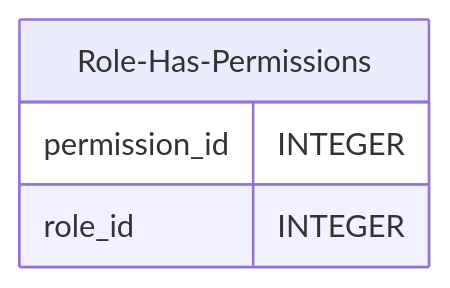
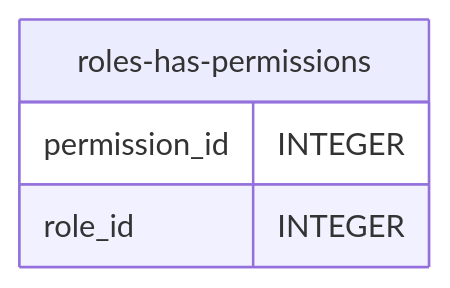
Before and after one commit to codeitlikemiley/arta-ecms-docs: the seventh of 41 diagrams in infrastructure/db-schema.mdx, drawn with Mermaid. The commit also changed other lines of this file and 34 other files, not shown here.

````diff
--- a/infrastructure/db-schema.mdx
+++ b/infrastructure/db-schema.mdx
@@ -153,7 +255,7 @@
-```mermaid
+```mermaid roles-has-permissions.mmd
 erDiagram
-    Role-Has-Permissions {
+    roles-has-permissions {
         permission_id INTEGER
         role_id INTEGER
     }
 ```
````
